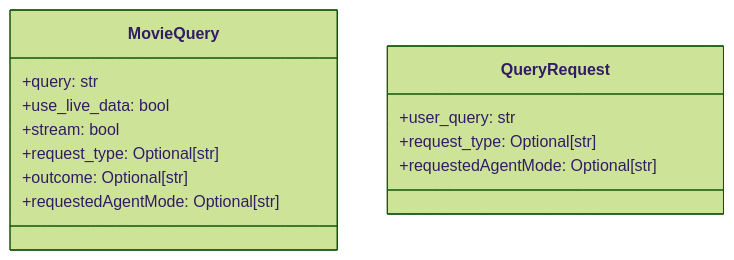
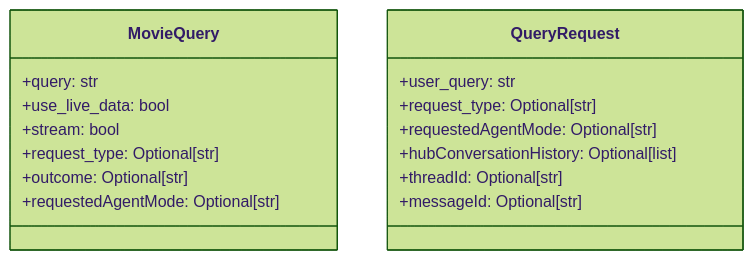
One commit to mayad123/movieAgent changed the third of 6 diagrams in docs/features/config/CONFIGURATION.md. Above: the diagram before and after it, drawn with Mermaid (forest theme). The commit also changed other lines of this file and 3 other files, not shown here.

````diff
--- a/docs/features/config/CONFIGURATION.md
+++ b/docs/features/config/CONFIGURATION.md
@@ -110,17 +110,20 @@
 ```mermaid
 classDiagram
     class MovieQuery {
         +query: str
         +use_live_data: bool
         +stream: bool
         +request_type: Optional[str]
         +outcome: Optional[str]
         +requestedAgentMode: Optional[str]
     }
 
     class QueryRequest {
         +user_query: str
         +request_type: Optional[str]
         +requestedAgentMode: Optional[str]
+        +hubConversationHistory: Optional[list]
+        +threadId: Optional[str]
+        +messageId: Optional[str]
     }
 ```
````
